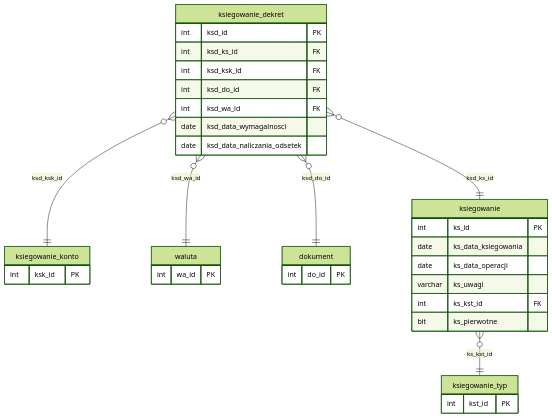
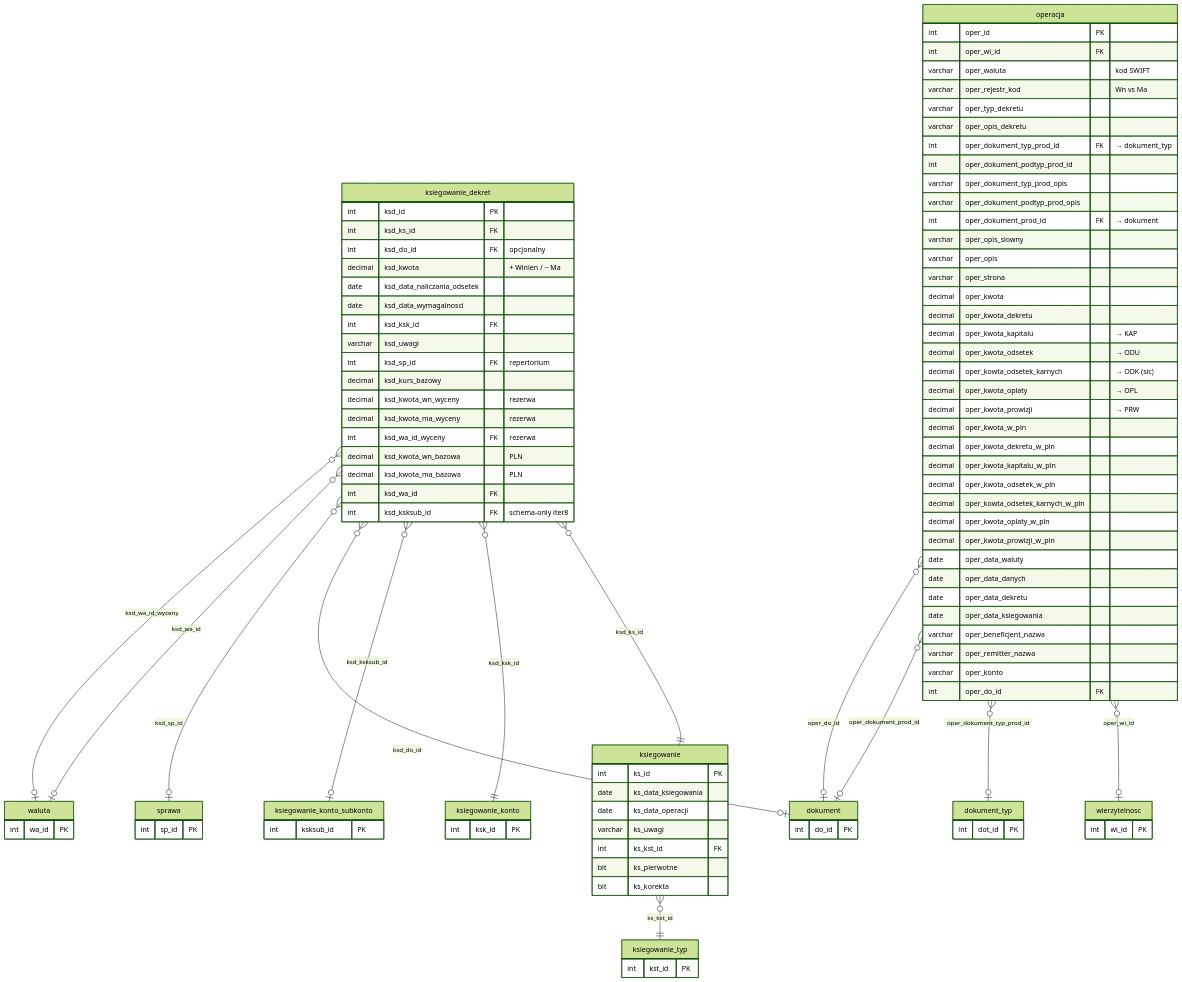
Before and after one commit to oskar-bialek-bakk/intrum-migration-docs: the diagram in docs/struktura-stagingu/finanse.md, drawn with Mermaid (forest theme). The commit also changed other lines of this file and 6 other files, not shown here.

````diff
--- a/docs/struktura-stagingu/finanse.md
+++ b/docs/struktura-stagingu/finanse.md
@@ -29,6 +29,10 @@
         int     ksk_id    PK
     }
 
+    ksiegowanie_konto_subkonto {
+        int     ksksub_id PK
+    }
+
     waluta {
         int     wa_id     PK
     }
@@ -37,28 +41,97 @@
         int     do_id     PK
     }
 
+    wierzytelnosc {
+        int     wi_id     PK
+    }
+
+    sprawa {
+        int     sp_id     PK
+    }
+
+    dokument_typ {
+        int     dot_id    PK
+    }
+
     ksiegowanie {
-        int      ks_id                      PK
+        int      ks_id                       PK
         date     ks_data_ksiegowania
         date     ks_data_operacji
         varchar  ks_uwagi
-        int      ks_kst_id                  FK
+        int      ks_kst_id                   FK
         bit      ks_pierwotne
+        bit      ks_korekta
     }
 
     ksiegowanie_dekret {
-        int      ksd_id                      PK
-        int      ksd_ks_id                   FK
-        int      ksd_ksk_id                  FK
-        int      ksd_do_id                   FK
-        int      ksd_wa_id                   FK
+        int      ksd_id                       PK
+        int      ksd_ks_id                    FK
+        int      ksd_do_id                    FK   "opcjonalny"
+        decimal  ksd_kwota                         "+ Winien / − Ma"
+        date     ksd_data_naliczania_odsetek
         date     ksd_data_wymagalnosci
-        date     ksd_data_naliczania_odsetek
+        int      ksd_ksk_id                   FK
+        varchar  ksd_uwagi
+        int      ksd_sp_id                    FK   "repertorium"
+        decimal  ksd_kurs_bazowy
+        decimal  ksd_kwota_wn_wyceny               "rezerwa"
+        decimal  ksd_kwota_ma_wyceny               "rezerwa"
+        int      ksd_wa_id_wyceny             FK   "rezerwa"
+        decimal  ksd_kwota_wn_bazowa               "PLN"
+        decimal  ksd_kwota_ma_bazowa               "PLN"
+        int      ksd_wa_id                    FK
+        int      ksd_ksksub_id                FK   "schema-only iter8"
     }
 
-    ksiegowanie         }o--||  ksiegowanie_typ    : "ks_kst_id"
-    ksiegowanie_dekret  }o--||  ksiegowanie        : "ksd_ks_id"
-    ksiegowanie_dekret  }o--||  ksiegowanie_konto  : "ksd_ksk_id"
-    ksiegowanie_dekret  }o--||  dokument           : "ksd_do_id"
-    ksiegowanie_dekret  }o--||  waluta             : "ksd_wa_id"
+    operacja {
+        int      oper_id                          PK
+        int      oper_wi_id                       FK
+        varchar  oper_waluta                           "kod SWIFT"
+        varchar  oper_rejestr_kod                      "Wn vs Ma"
+        varchar  oper_typ_dekretu
+        varchar  oper_opis_dekretu
+        int      oper_dokument_typ_prod_id        FK   "→ dokument_typ"
+        int      oper_dokument_podtyp_prod_id
+        varchar  oper_dokument_typ_prod_opis
+        varchar  oper_dokument_podtyp_prod_opis
+        int      oper_dokument_prod_id            FK   "→ dokument"
+        varchar  oper_opis_slowny
+        varchar  oper_opis
+        varchar  oper_strona
+        decimal  oper_kwota
+        decimal  oper_kwota_dekretu
+        decimal  oper_kwota_kapitalu                  "→ KAP"
+        decimal  oper_kwota_odsetek                   "→ ODU"
+        decimal  oper_kowta_odsetek_karnych           "→ ODK (sic)"
+        decimal  oper_kwota_oplaty                    "→ OPL"
+        decimal  oper_kwota_prowizji                  "→ PRW"
+        decimal  oper_kwota_w_pln
+        decimal  oper_kwota_dekretu_w_pln
+        decimal  oper_kwota_kapitalu_w_pln
+        decimal  oper_kwota_odsetek_w_pln
+        decimal  oper_kowta_odsetek_karnych_w_pln
+        decimal  oper_kwota_oplaty_w_pln
+        decimal  oper_kwota_prowizji_w_pln
+        date     oper_data_waluty
+        date     oper_data_danych
+        date     oper_data_dekretu
+        date     oper_data_ksiegowania
+        varchar  oper_beneficjent_nazwa
+        varchar  oper_remitter_nazwa
+        varchar  oper_konto
+        int      oper_do_id                       FK
+    }
+
+    ksiegowanie         }o--||  ksiegowanie_typ            : "ks_kst_id"
+    ksiegowanie_dekret  }o--||  ksiegowanie                : "ksd_ks_id"
+    ksiegowanie_dekret  }o--||  ksiegowanie_konto          : "ksd_ksk_id"
+    ksiegowanie_dekret  }o--o|  ksiegowanie_konto_subkonto : "ksd_ksksub_id"
+    ksiegowanie_dekret  }o--o|  dokument                   : "ksd_do_id"
+    ksiegowanie_dekret  }o--o|  sprawa                     : "ksd_sp_id"
+    ksiegowanie_dekret  }o--o|  waluta                     : "ksd_wa_id"
+    ksiegowanie_dekret  }o--o|  waluta                     : "ksd_wa_id_wyceny"
+    operacja            }o--o|  wierzytelnosc              : "oper_wi_id"
+    operacja            }o--o|  dokument_typ               : "oper_dokument_typ_prod_id"
+    operacja            }o--o|  dokument                   : "oper_dokument_prod_id"
+    operacja            }o--o|  dokument                   : "oper_do_id"
 ```
````
